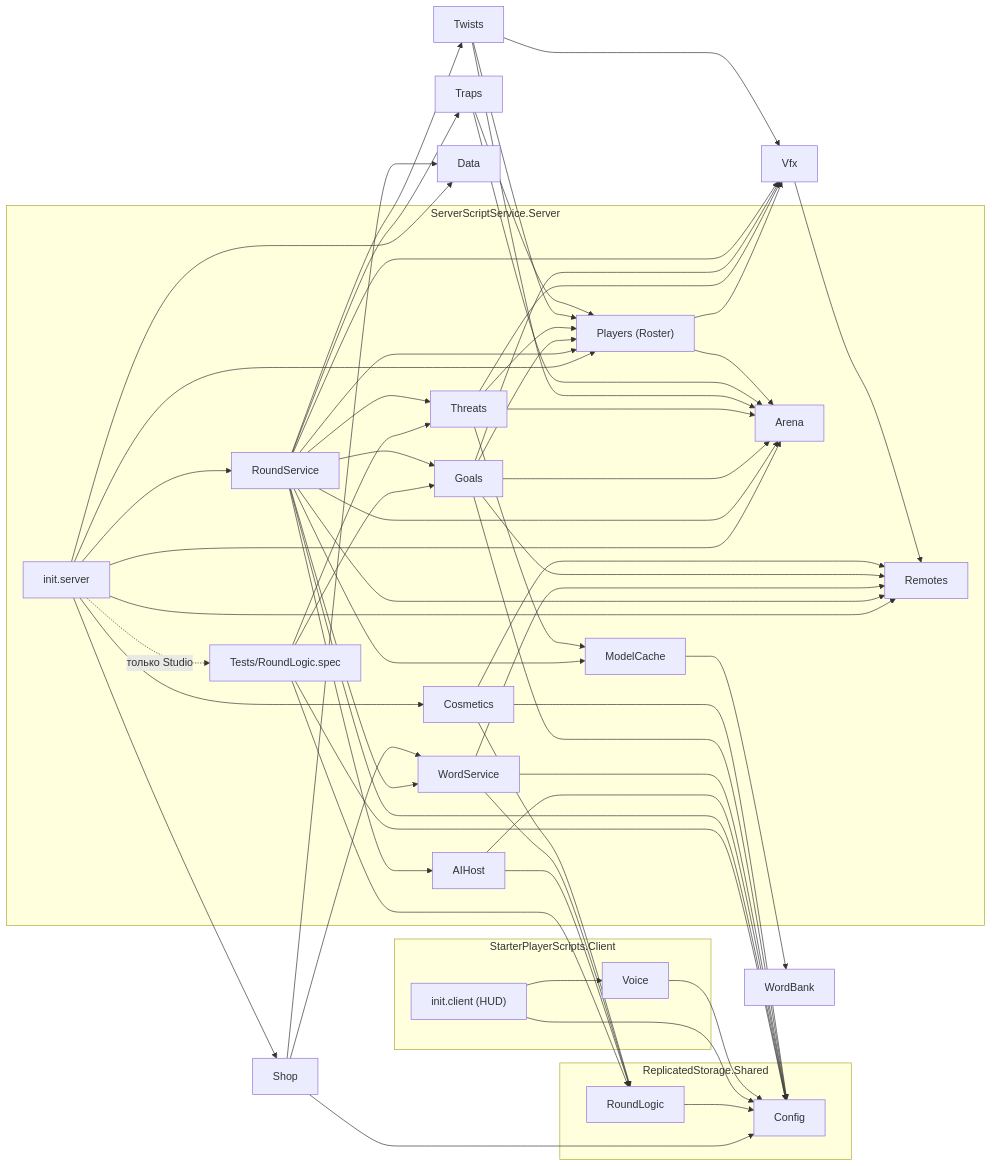
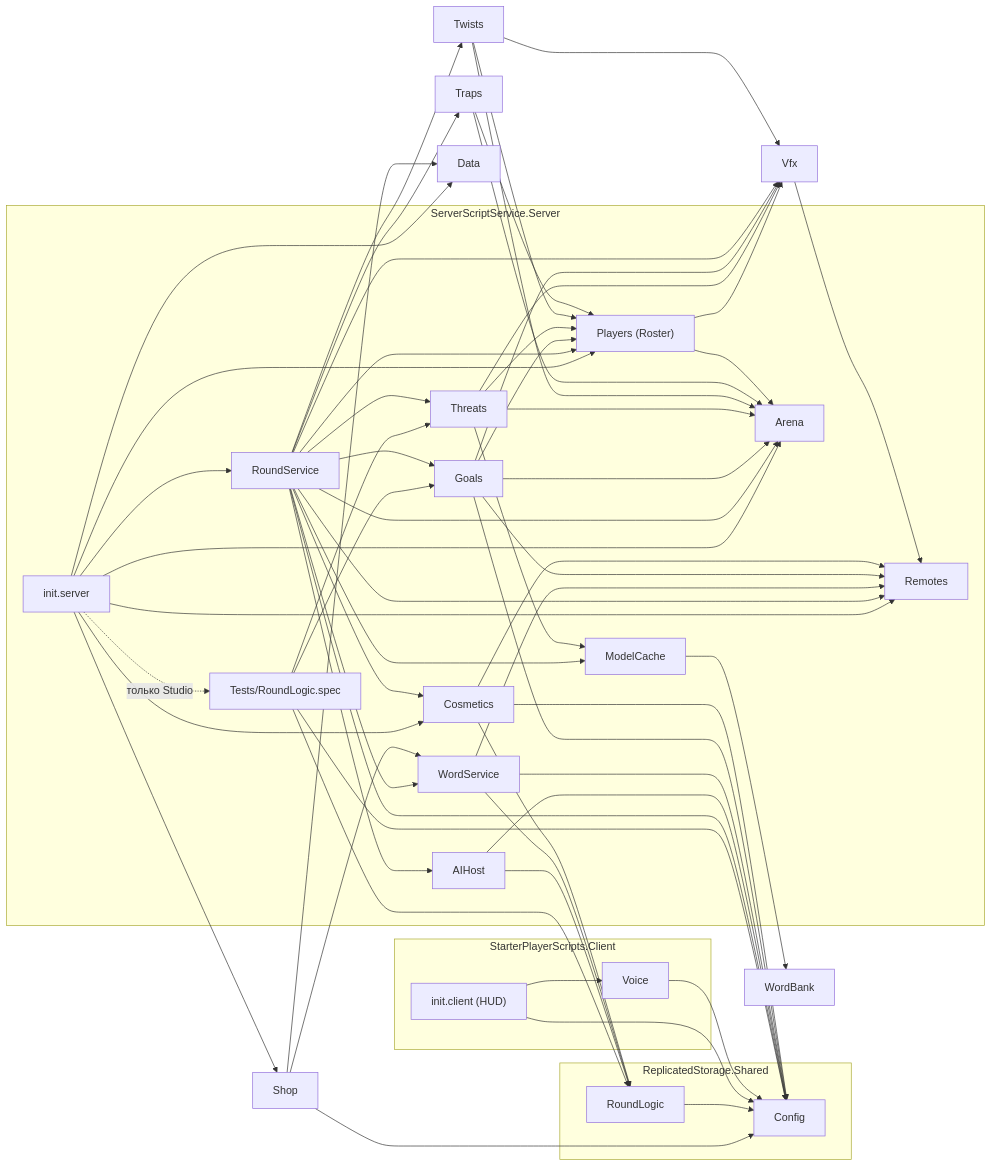
The first of 3 diagrams in docs/GRAPH.md (HageZERO2/AI-SAYS), drawn with Mermaid before and after one commit. The commit also changed other lines of this file and 10 other files, not shown here.

````diff
--- a/docs/GRAPH.md
+++ b/docs/GRAPH.md
@@ -7,45 +7,45 @@
 ```mermaid
 graph LR
   subgraph Shared["ReplicatedStorage.Shared"]
     Config
     RoundLogic
   end
   subgraph Server["ServerScriptService.Server"]
     init["init.server"]
     Spec["Tests/RoundLogic.spec"]
     RoundService
     AIHost
     Goals
     Threats
     Players["Players (Roster)"]
     Arena
     WordService
     Cosmetics
     ModelCache
     Remotes
   end
   subgraph Client["StarterPlayerScripts.Client"]
     initc["init.client (HUD)"]
     Voice
   end
 
   init --> Remotes & Arena & Data & Shop & Cosmetics & Players & RoundService
   init -. только Studio .-> Spec
   Spec --> RoundLogic & Config & Goals & Threats
-  RoundService --> AIHost & Goals & Threats & Traps & Twists & Players & Arena & WordService & ModelCache & Remotes & Config
+  RoundService --> AIHost & Cosmetics & Goals & Threats & Traps & Twists & Players & Arena & WordService & ModelCache & Remotes & Config
   AIHost --> RoundLogic & Config
   WordService --> RoundLogic & Config & Remotes
   Goals --> Arena & Players & Config & Remotes
   Threats --> Arena & Players & ModelCache
   Twists --> Arena & Players
   Traps --> Arena & Players
   Shop --> Data & WordService & Config
   Cosmetics --> RoundLogic & Config & Remotes
   Players & Threats & Goals & Twists & RoundService --> Vfx
   Vfx --> Remotes
   ModelCache --> WordBank
   Players --> Arena
   RoundLogic --> Config
   initc --> Voice & Config
   Voice --> Config
 ```
````
